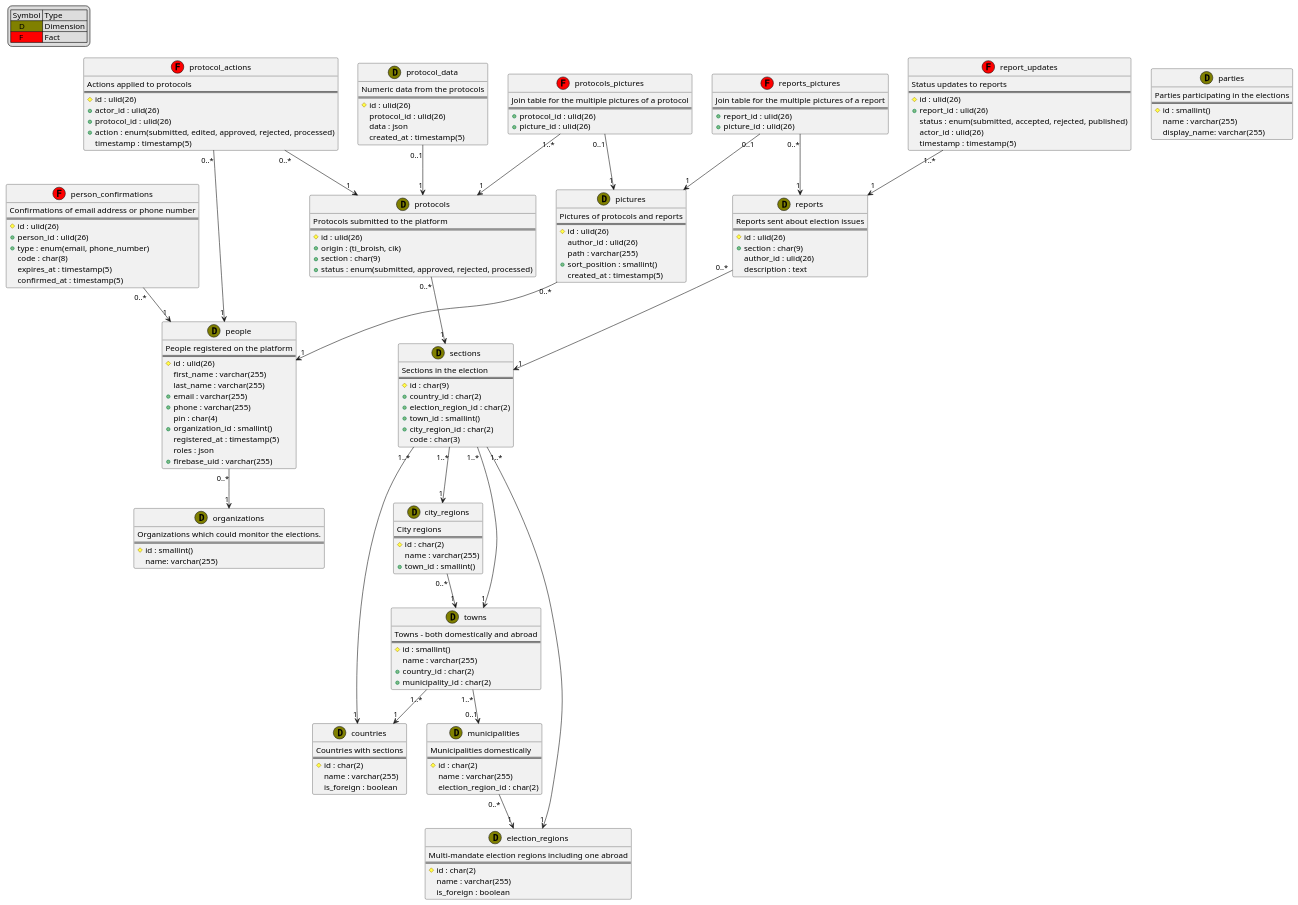
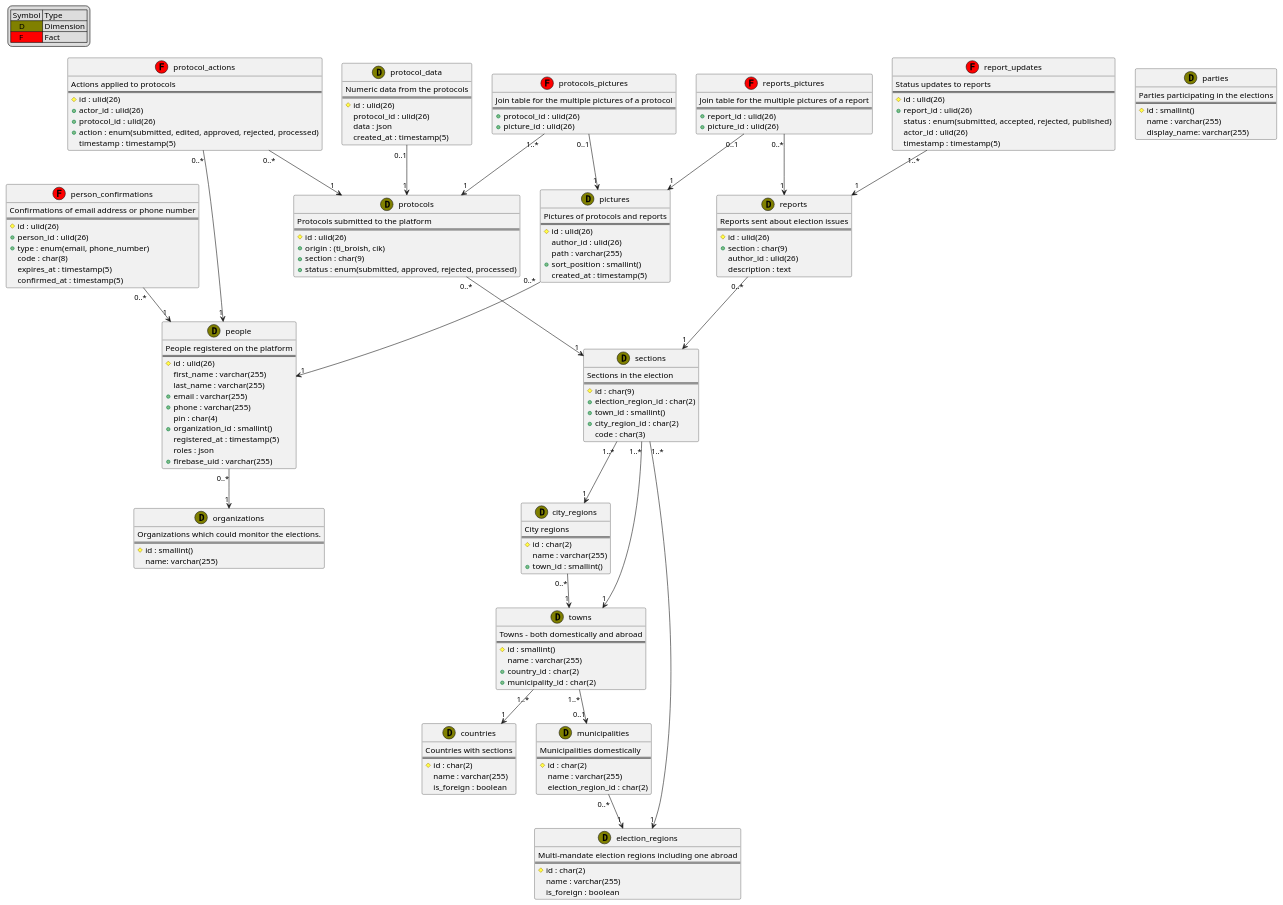
The diagram in src/Контекст/Ти Броиш/База Данни/1.database.puml (ti-broish/docs), drawn with PlantUML before and after one commit.

Commit message:
Remove extra relation from section to country

```diff
--- a/src/Контекст/Ти Броиш/База Данни/1.database.puml
+++ b/src/Контекст/Ти Броиш/База Данни/1.database.puml
@@ -46,14 +46,12 @@
     Sections in the election
     ==
     #id : char(9)
-    +country_id : char(2)
     +election_region_id : char(2)
     +town_id : smallint()
     +city_region_id : char(2)
     code : char(3)
 }
 
-sections "1..*" --> "1" countries
 sections "1..*" --> "1" election_regions
 sections "1..*" --> "1" city_regions
 sections "1..*" --> "1" towns
```
